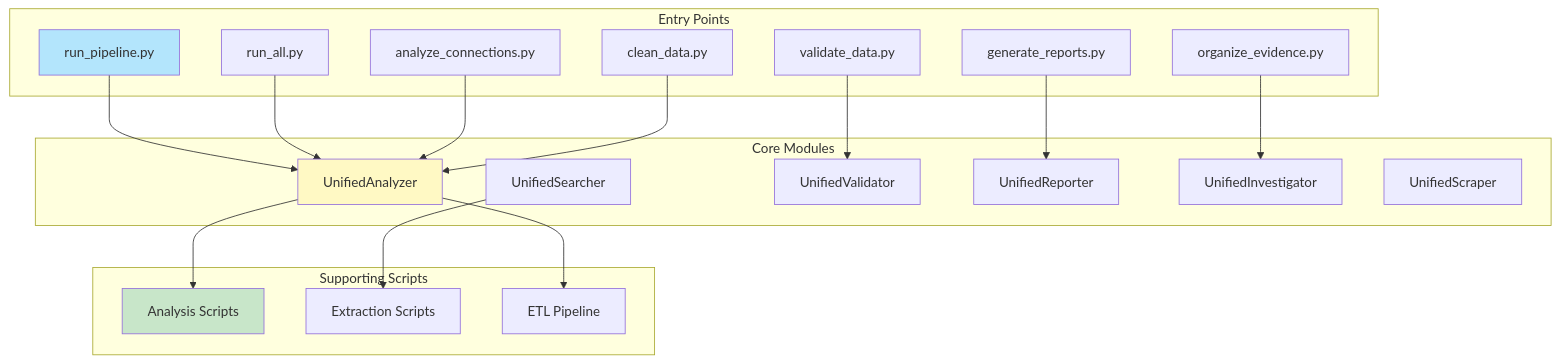
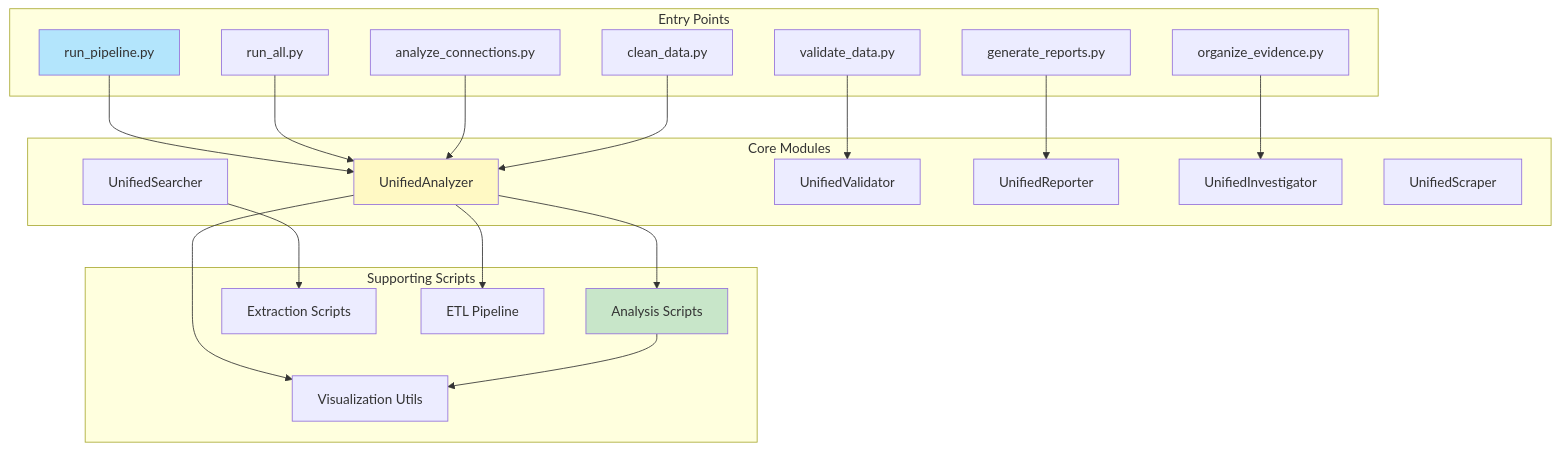
Before and after one commit to 1digitaldesign/kettler-data-analysis: the second of 6 diagrams in docs/SYSTEM_ARCHITECTURE.md, drawn with Mermaid. The commit also changed other lines of this file and 3 other files, not shown here.

````diff
--- a/docs/SYSTEM_ARCHITECTURE.md
+++ b/docs/SYSTEM_ARCHITECTURE.md
@@ -63,43 +63,46 @@
 ```mermaid
 graph TB
     subgraph "Entry Points"
         E1[run_pipeline.py]
         E2[run_all.py]
         E3[analyze_connections.py]
         E4[validate_data.py]
         E5[generate_reports.py]
         E6[organize_evidence.py]
         E7[clean_data.py]
     end
 
     subgraph "Core Modules"
         C1[UnifiedAnalyzer]
         C2[UnifiedSearcher]
         C3[UnifiedValidator]
         C4[UnifiedReporter]
         C5[UnifiedInvestigator]
         C6[UnifiedScraper]
     end
 
     subgraph "Supporting Scripts"
         S1[Analysis Scripts]
         S2[Extraction Scripts]
         S3[ETL Pipeline]
+        S4[Visualization Utils]
     end
 
     E1 --> C1
     E2 --> C1
     E3 --> C1
     E4 --> C3
     E5 --> C4
     E6 --> C5
     E7 --> C1
 
     C1 --> S1
     C2 --> S2
     C1 --> S3
+    C1 --> S4
+    S1 --> S4
 
     style E1 fill:#B3E5FC
     style C1 fill:#FFF9C4
     style S1 fill:#C8E6C9
 ```
````
